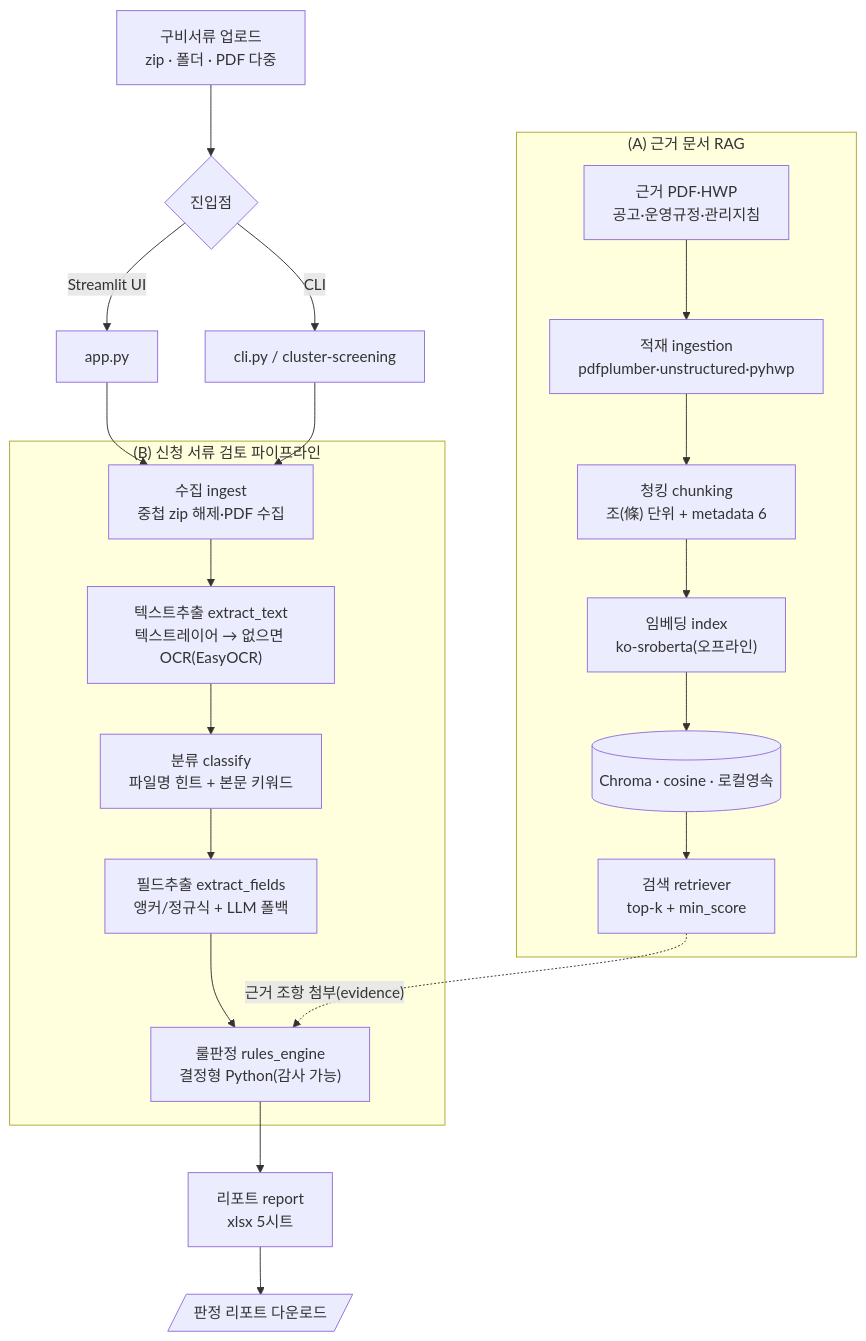
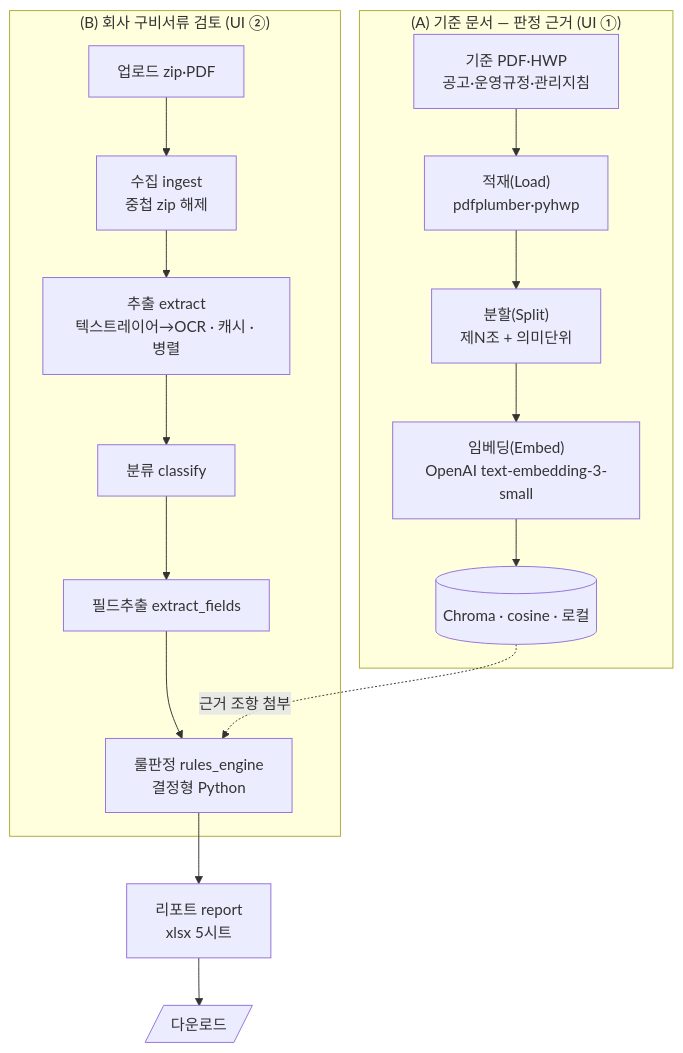
One commit to rola80/cluster-monitoring changed the diagram in README.md. Above: the diagram before and after it, drawn with Mermaid. The commit also changed other lines of this file and 25 other files, not shown here.

First line of the commit message:
속도(캐시·병렬)·로깅·가점 건당·의미단위 청킹·OpenAI 임베딩, 데드코드/폐쇄망 제거, 제목·로고·문서 갱신

````diff
--- a/README.md
+++ b/README.md
@@ -25,27 +24,19 @@
 ```mermaid
 flowchart TD
-    U["구비서류 업로드<br/>zip · 폴더 · PDF 다중"] --> ENTRY{진입점}
-    ENTRY -->|Streamlit UI| APP["app.py"]
-    ENTRY -->|CLI| CLI["cli.py / cluster-screening"]
-    APP --> PROC
-    CLI --> PROC
-
-    subgraph B["(B) 신청 서류 검토 파이프라인"]
-        PROC["수집 ingest<br/>중첩 zip 해제·PDF 수집"] --> EXT["텍스트추출 extract_text<br/>텍스트레이어 → 없으면 OCR(EasyOCR)"]
-        EXT --> CLS["분류 classify<br/>파일명 힌트 + 본문 키워드"]
-        CLS --> FLD["필드추출 extract_fields<br/>앵커/정규식 + LLM 폴백"]
-        FLD --> RUL["룰판정 rules_engine<br/>결정형 Python(감사 가능)"]
+    subgraph A["(A) 기준 문서 — 판정 근거 (UI ①)"]
+        REF["기준 PDF·HWP<br/>공고·운영규정·관리지침"] --> L["적재(Load)<br/>pdfplumber·pyhwp"]
+        L --> S["분할(Split)<br/>제N조 + 의미단위"]
+        S --> E["임베딩(Embed)<br/>OpenAI text-embedding-3-small"]
+        E --> V[("Chroma · cosine · 로컬")]
     end
 
-    subgraph A["(A) 근거 문서 RAG"]
-        REF["근거 PDF·HWP<br/>공고·운영규정·관리지침"] --> ING["적재 ingestion<br/>pdfplumber·unstructured·pyhwp"]
-        ING --> CHK["청킹 chunking<br/>조(條) 단위 + metadata 6"]
-        CHK --> IDX["임베딩 index<br/>ko-sroberta(오프라인)"]
-        IDX --> VDB[("Chroma · cosine · 로컬영속")]
-        VDB --> RET["검색 retriever<br/>top-k + min_score"]
+    subgraph B["(B) 회사 구비서류 검토 (UI ②)"]
+        U["업로드 zip·PDF"] --> ING["수집 ingest<br/>중첩 zip 해제"]
+        ING --> EXT["추출 extract<br/>텍스트레이어→OCR · 캐시 · 병렬"]
+        EXT --> CLS["분류 classify"] --> FLD["필드추출 extract_fields"]
+        FLD --> RUL["룰판정 rules_engine<br/>결정형 Python"]
     end
 
-    RET -. "근거 조항 첨부(evidence)" .-> RUL
-    RUL --> REP["리포트 report<br/>xlsx 5시트"]
-    REP --> DL[/판정 리포트 다운로드/]
+    V -. "근거 조항 첨부" .-> RUL
+    RUL --> REP["리포트 report<br/>xlsx 5시트"] --> DL[/다운로드/]
 ```
````
